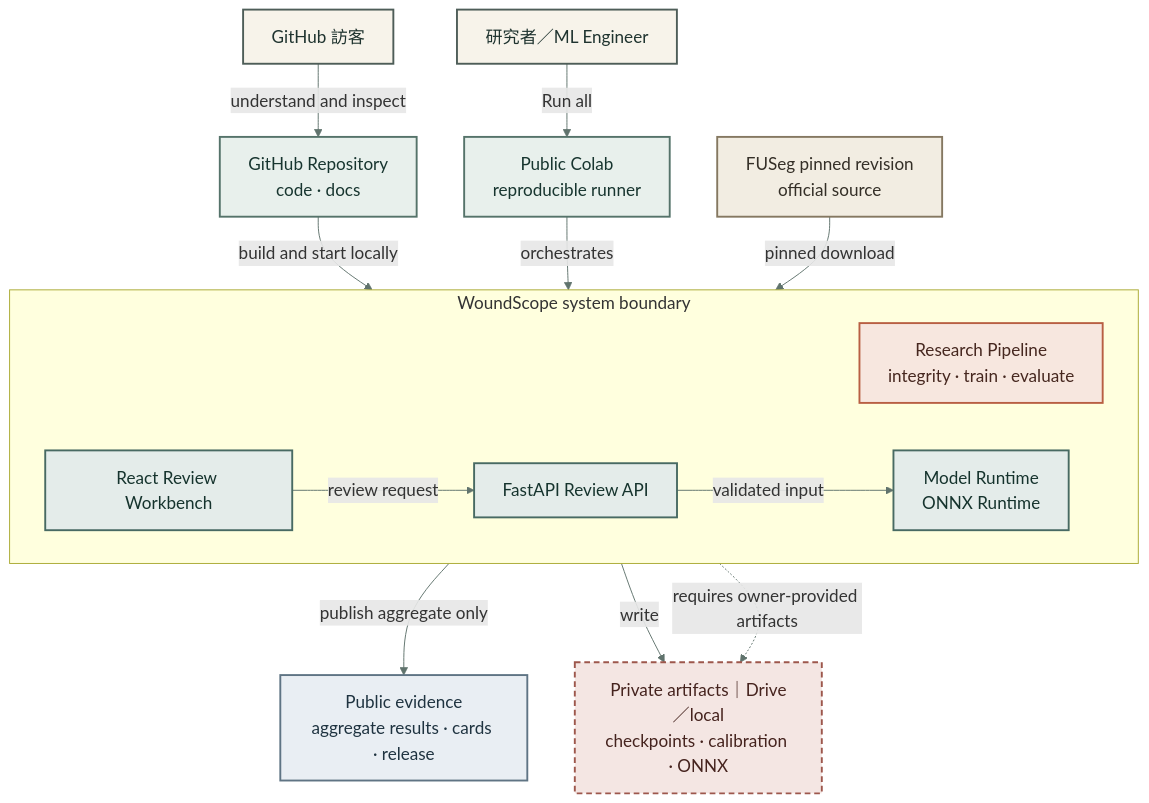
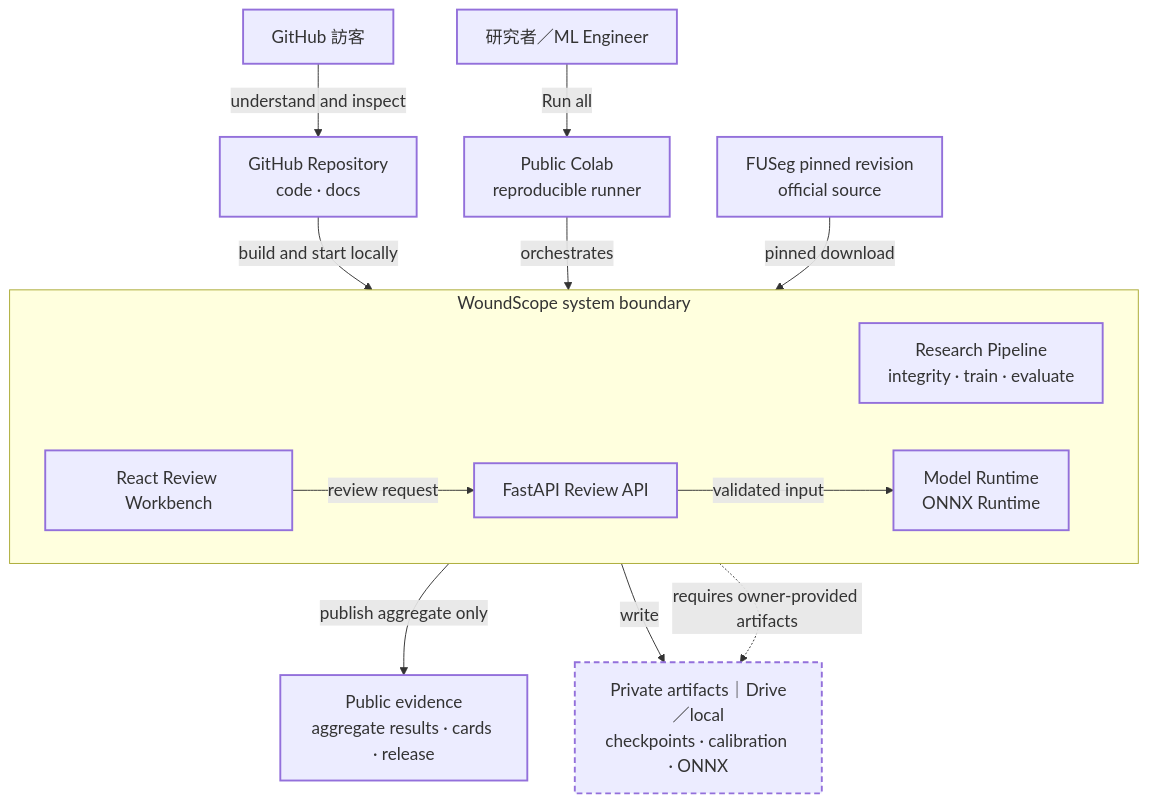
Before and after one commit to kuotunyu/WoundScope: the first of 3 diagrams in README.md, drawn with Mermaid. The commit also changed other lines of this file and 2 other files, not shown here.

Commit message:
fix(docs): preserve Mermaid dark-mode contrast

````diff
--- a/README.md
+++ b/README.md
@@ -25,38 +25,38 @@
 ```mermaid
-%%{init: {"themeVariables": {"fontSize": "18px", "fontFamily": "Arial, sans-serif", "lineColor": "#60736D"}}}%%
+%%{init: {"themeVariables": {"fontSize": "18px", "fontFamily": "Arial, sans-serif"}}}%%
 flowchart TB
     Visitor["GitHub 訪客"]:::actor
     Engineer["研究者／ML Engineer"]:::actor
     Repo["GitHub Repository<br/>code · docs"]:::public
     Colab["Public Colab<br/>reproducible runner"]:::public
     FUSeg["FUSeg pinned revision<br/>official source"]:::external
 
     subgraph WoundScope["WoundScope system boundary"]
         direction LR
         Pipeline["Research Pipeline<br/>integrity · train · evaluate"]:::process
         UI["React Review Workbench"]:::component
         API["FastAPI Review API"]:::component
         Runtime["Model Runtime<br/>ONNX Runtime"]:::component
         UI -->|"review request"| API -->|"validated input"| Runtime
     end
 
     Evidence["Public evidence<br/>aggregate results · cards · release"]:::evidence
     Private["Private artifacts｜Drive／local<br/>checkpoints · calibration · ONNX"]:::private
 
     Visitor -->|"understand and inspect"| Repo
     Engineer -->|"Run all"| Colab
     Repo -->|"build and start locally"| UI
     Colab -->|"orchestrates"| Pipeline
     FUSeg -->|"pinned download"| Pipeline
     Pipeline -->|"publish aggregate only"| Evidence
     Pipeline -->|"write"| Private
     Runtime -.->|"requires owner-provided artifacts"| Private
 
-    classDef actor fill:#F7F3EA,stroke:#4E5D58,color:#1F332F,stroke-width:2px;
-    classDef public fill:#E8F0EC,stroke:#55736A,color:#17352F,stroke-width:2px;
-    classDef external fill:#F2EDE2,stroke:#857861,color:#342F27,stroke-width:2px;
-    classDef evidence fill:#E9EEF3,stroke:#5F7484,color:#1F3340,stroke-width:2px;
-    classDef process fill:#F7E7DF,stroke:#B85F43,color:#46271F,stroke-width:2px;
-    classDef component fill:#E4ECEA,stroke:#486A63,color:#15332D,stroke-width:2px;
-    classDef private fill:#F4E6E3,stroke:#9D574C,color:#45231E,stroke-width:2px,stroke-dasharray:6 4;
+    classDef actor stroke-width:2px;
+    classDef public stroke-width:2px;
+    classDef external stroke-width:2px;
+    classDef evidence stroke-width:2px;
+    classDef process stroke-width:2px;
+    classDef component stroke-width:2px;
+    classDef private stroke-width:2px,stroke-dasharray:6 4;
 ```
````
